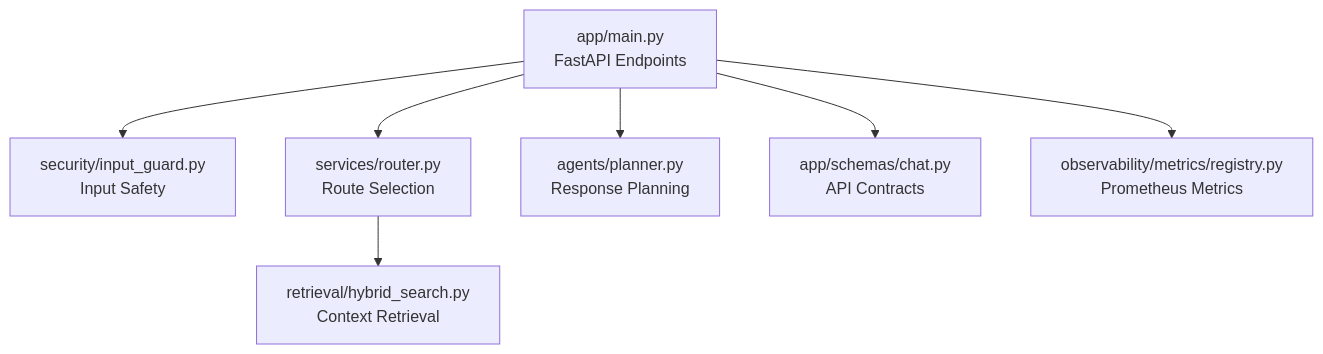
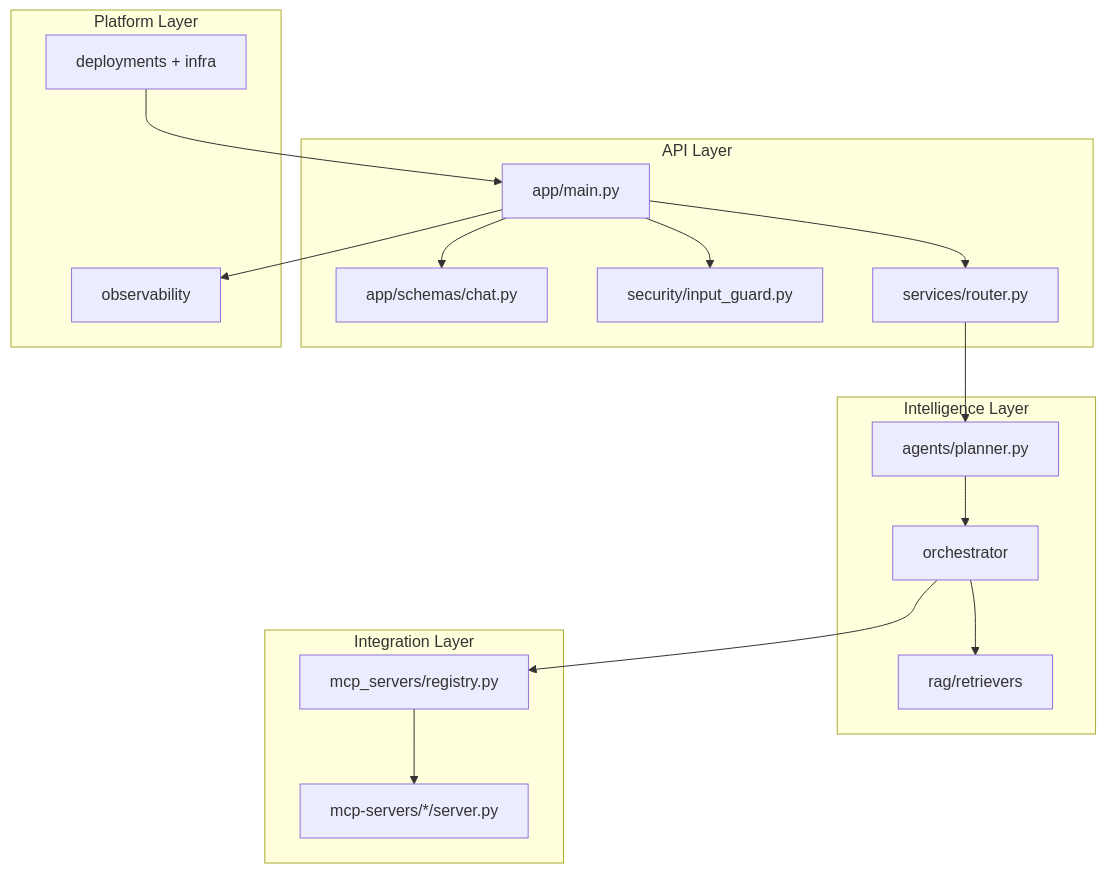
Before and after one commit to GreecyInfotech/SingleAgent: the second of 5 diagrams in docs/uml-artifacts.md, drawn with Mermaid. The commit also changed other lines of this file and 20 other files, not shown here.

First line of the commit message:
Optimize MCP architecture, caching, and test reliability.

````diff
--- a/docs/uml-artifacts.md
+++ b/docs/uml-artifacts.md
@@ -23,17 +32,36 @@
 ```mermaid
 flowchart TD
-    A[app/main.py<br/>FastAPI Endpoints]
-    B[security/input_guard.py<br/>Input Safety]
-    C[services/router.py<br/>Route Selection]
-    D[retrieval/hybrid_search.py<br/>Context Retrieval]
-    E[agents/planner.py<br/>Response Planning]
-    F[app/schemas/chat.py<br/>API Contracts]
-    G[observability/metrics/registry.py<br/>Prometheus Metrics]
+    subgraph API Layer
+      A[app/main.py]
+      B[app/schemas/chat.py]
+      C[security/input_guard.py]
+      D[services/router.py]
+    end
 
-    A --> F
+    subgraph Intelligence Layer
+      E[agents/planner.py]
+      F[orchestrator]
+      G[rag/retrievers]
+    end
+
+    subgraph Integration Layer
+      H[mcp_servers/registry.py]
+      I[mcp-servers/*/server.py]
+    end
+
+    subgraph Platform Layer
+      J[observability]
+      K[deployments + infra]
+    end
+
     A --> B
     A --> C
-    C --> D
-    A --> E
-    A --> G
+    A --> D
+    D --> E
+    E --> F
+    F --> G
+    F --> H
+    H --> I
+    A --> J
+    K --> A
 ```
````
